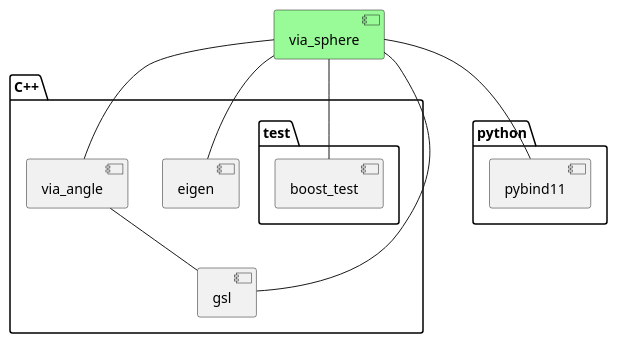
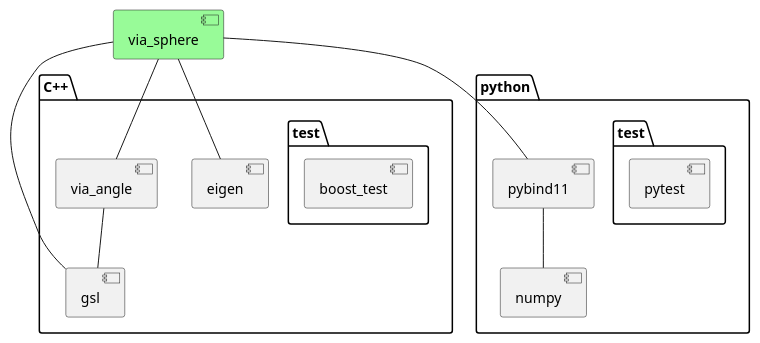
Before and after one commit to kenba/via-sphere-cpp: the diagram in docs/uml/sphere_dependencies.puml, drawn with PlantUML. The commit also changed 1 other file, not shown here.

Commit message:
Update Sphere dependencies diagram

```diff
--- a/docs/uml/sphere_dependencies.puml
+++ b/docs/uml/sphere_dependencies.puml
@@ -1,28 +1,32 @@
 @startuml
 
 'Copyright (c) 2024 Via Technology Ltd. All Rights Reserved.
 
-' title Sphere dependancies
+' title Sphere dependencies
 
 set namespaceSeparator ::
     component via_sphere #palegreen
     package C++ {
         component eigen
         component via_angle
         component gsl
         package test {
             component boost_test
         } 
     }
     package python {
         component pybind11
+        component numpy
+        package test {
+            component pytest
+        }
+        pybind11 -- numpy
     }
     
     via_sphere -- via_angle
     via_sphere -- eigen
-    via_sphere -- boost_test
     via_sphere -- pybind11
-    via_sphere -- gsl
+    via_sphere - gsl
     via_angle -- gsl
 
 @enduml
```
